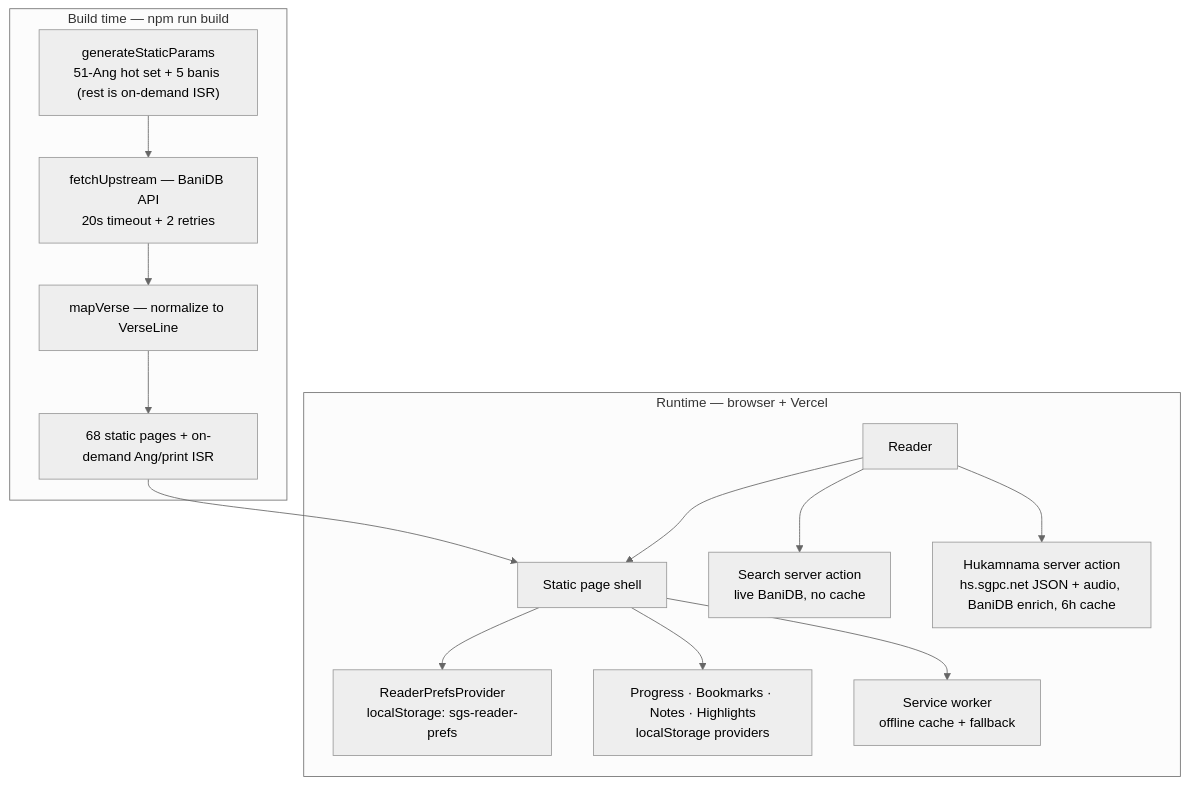
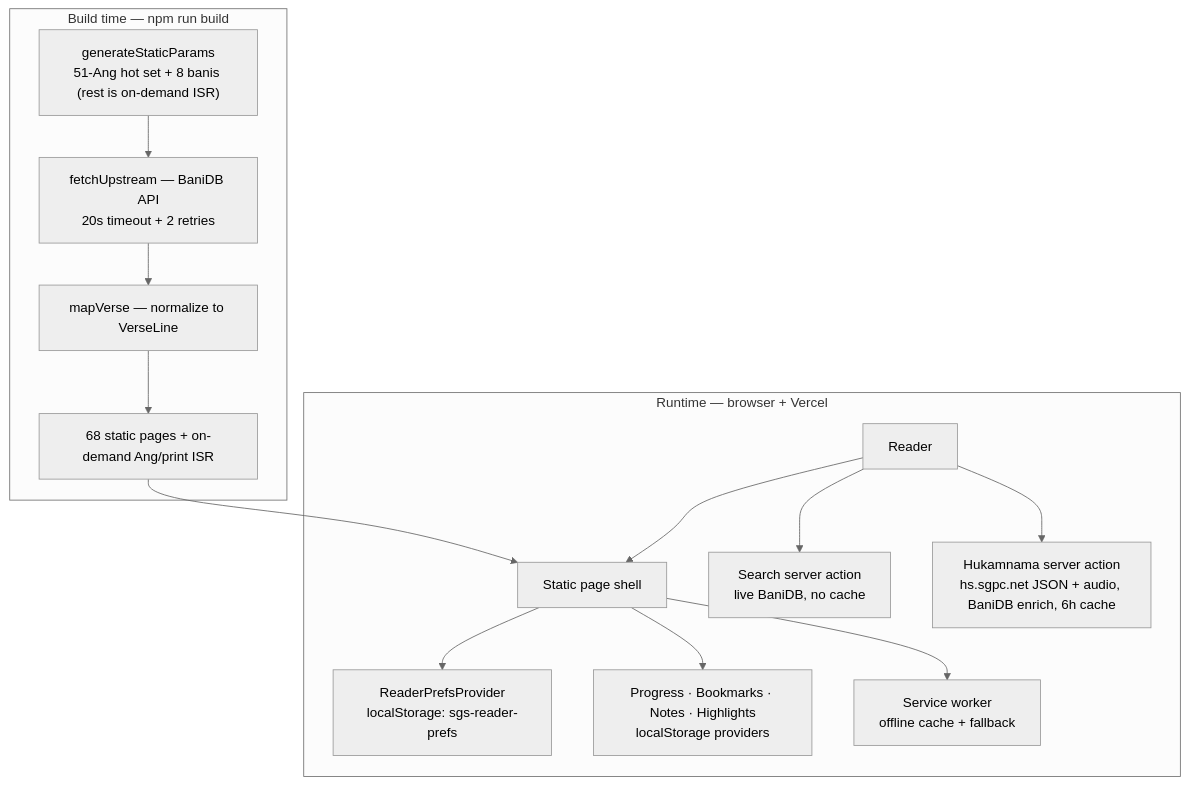
The first of 5 diagrams in README.md (mithun-srinivasan/sggs), drawn with Mermaid (neutral theme) before and after one commit. The commit also changed other lines of this file and 18 other files, not shown here.

````diff
--- a/README.md
+++ b/README.md
@@ -40,26 +40,26 @@
 ```mermaid
 flowchart TD
     subgraph BUILD["Build time — npm run build"]
-        GEN["generateStaticParams<br/>51-Ang hot set + 5 banis (rest is on-demand ISR)"]
+        GEN["generateStaticParams<br/>51-Ang hot set + 8 banis (rest is on-demand ISR)"]
         FETCH["fetchUpstream — BaniDB API<br/>20s timeout + 2 retries"]
         MAP["mapVerse — normalize to VerseLine"]
         HTML["68 static pages + on-demand Ang/print ISR"]
         GEN --> FETCH --> MAP --> HTML
     end
     subgraph RUNTIME["Runtime — browser + Vercel"]
         USER["Reader"]
         STATIC["Static page shell"]
         PREFS["ReaderPrefsProvider<br/>localStorage: sgs-reader-prefs"]
         DATA["Progress · Bookmarks · Notes · Highlights<br/>localStorage providers"]
         SEARCH["Search server action<br/>live BaniDB, no cache"]
         HUKAM["Hukamnama server action<br/>hs.sgpc.net JSON + audio, BaniDB enrich, 6h cache"]
         SW["Service worker<br/>offline cache + fallback"]
         USER --> STATIC
         STATIC --> PREFS
         STATIC --> DATA
         USER --> SEARCH
         USER --> HUKAM
         STATIC --> SW
     end
     HTML --> STATIC
 ```
````
